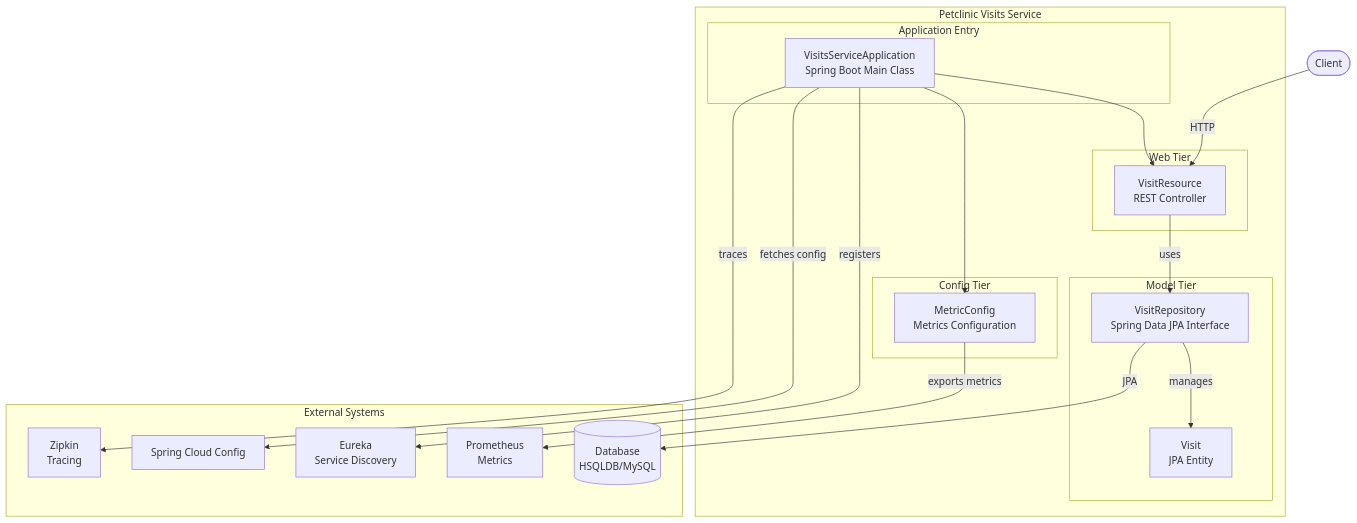
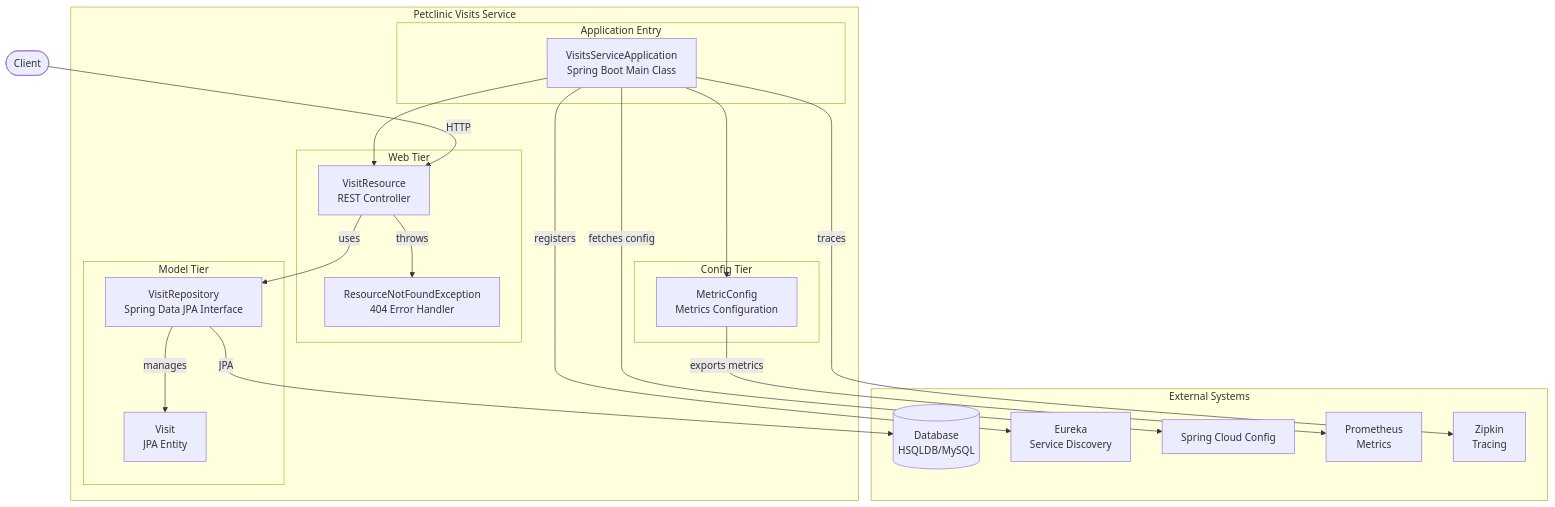
Before and after one commit to audoclyphia-evals/petclinic-visits-service: the first of 3 diagrams in README.md, drawn with Mermaid. The commit also changed other lines of this file and 9 other files, not shown here.

````diff
--- a/README.md
+++ b/README.md
@@ -145,42 +120,44 @@
 ```mermaid
 flowchart TB
     client([Client])
     
     subgraph Visits_Service [Petclinic Visits Service]
         subgraph Entry_Point [Application Entry]
             VisitsServiceApplication[VisitsServiceApplication<br/>Spring Boot Main Class]
         end
         
         subgraph Web_Tier [Web Tier]
             VisitResource[VisitResource<br/>REST Controller]
+            ResourceNotFoundException[ResourceNotFoundException<br/>404 Error Handler]
         end
         
         subgraph Model_Tier [Model Tier]
             Visit[Visit<br/>JPA Entity]
             VisitRepository[VisitRepository<br/>Spring Data JPA Interface]
         end
         
         subgraph Config_Tier [Config Tier]
             MetricConfig[MetricConfig<br/>Metrics Configuration]
         end
     end
     
     subgraph External_Systems [External Systems]
         Database[(Database<br/>HSQLDB/MySQL)]
         Eureka[Eureka<br/>Service Discovery]
         ConfigServer[Spring Cloud Config]
         Prometheus[Prometheus<br/>Metrics]
         Zipkin[Zipkin<br/>Tracing]
     end
     
     VisitsServiceApplication --> VisitResource
     VisitsServiceApplication --> MetricConfig
     VisitResource -->|uses| VisitRepository
+    VisitResource -->|throws| ResourceNotFoundException
     VisitRepository -->|manages| Visit
     client -->|HTTP| VisitResource
     VisitRepository -->|JPA| Database
     VisitsServiceApplication -->|registers| Eureka
     VisitsServiceApplication -->|fetches config| ConfigServer
     MetricConfig -->|exports metrics| Prometheus
     VisitsServiceApplication -->|traces| Zipkin
 ```
````
